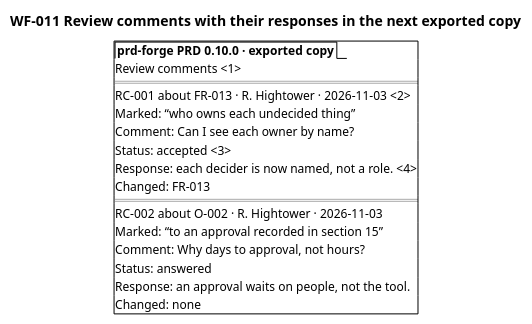
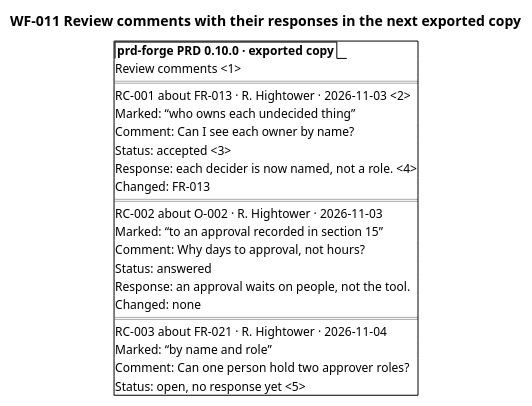
The diagram in docs/prd/prd-forge/diagrams/WF-011.puml (SpillwaveSolutions/prd-forge), drawn with PlantUML before and after one commit. The commit also changed 33 other files, not shown here.

```diff
--- a/docs/prd/prd-forge/diagrams/WF-011.puml
+++ b/docs/prd/prd-forge/diagrams/WF-011.puml
@@ -1,21 +1,26 @@
 @startsalt
 title WF-011 Review comments with their responses in the next exported copy
 {+
   {/ <b>prd-forge PRD 0.10.0 · exported copy</b> }
   Review comments <1>
   ==
   RC-001 about FR-013 · R. Hightower · 2026-11-03 <2>
   Marked: “who owns each undecided thing”
   Comment: Can I see each owner by name?
   Status: accepted <3>
   Response: each decider is now named, not a role. <4>
   Changed: FR-013
   ==
   RC-002 about O-002 · R. Hightower · 2026-11-03
   Marked: “to an approval recorded in section 15”
   Comment: Why days to approval, not hours?
   Status: answered
   Response: an approval waits on people, not the tool.
   Changed: none
+  ==
+  RC-003 about FR-021 · R. Hightower · 2026-11-04
+  Marked: “by name and role”
+  Comment: Can one person hold two approver roles?
+  Status: open, no response yet <5>
 }
 @endsalt
```
